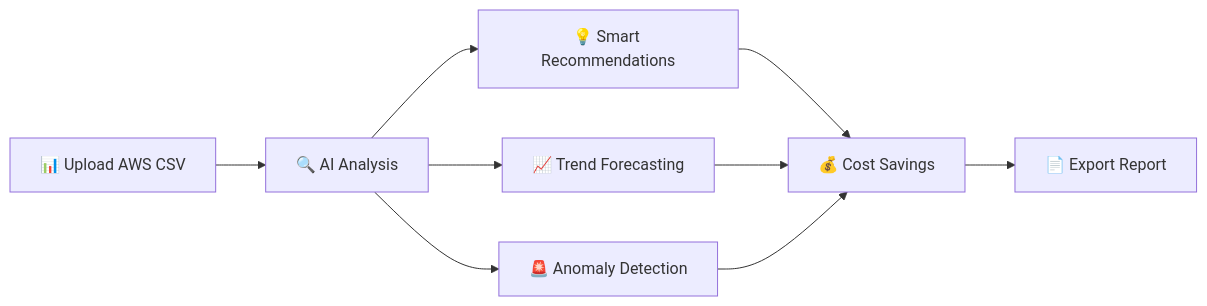
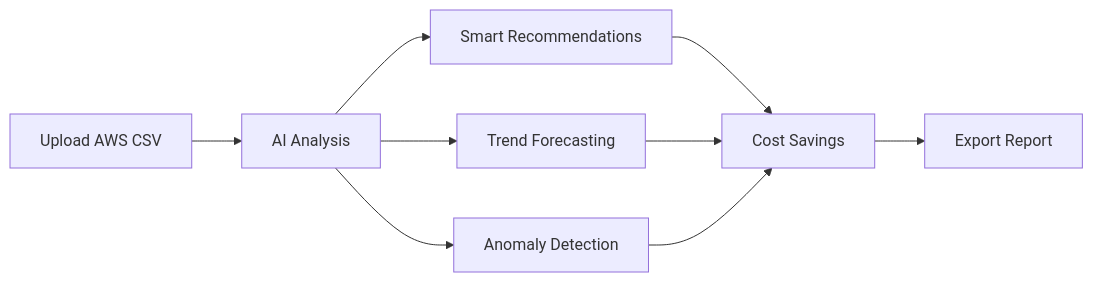
One commit to SpaceCodelab/Cost-Optimization-Analyzer changed the diagram in README.md. Above: the diagram before and after it, drawn with Mermaid. The commit also changed other lines of this file, not shown here.

````diff
--- a/README.md
+++ b/README.md
@@ -55,11 +55,11 @@
 ```mermaid
 graph LR
-    A[📊 Upload AWS CSV] --> B[🔍 AI Analysis]
-    B --> C[💡 Smart Recommendations]
-    B --> D[📈 Trend Forecasting]
-    B --> E[🚨 Anomaly Detection]
-    C --> F[💰 Cost Savings]
+    A[Upload AWS CSV] --> B[AI Analysis]
+    B --> C[Smart Recommendations]
+    B --> D[Trend Forecasting]
+    B --> E[Anomaly Detection]
+    C --> F[Cost Savings]
     D --> F
     E --> F
-    F --> G[📄 Export Report]
+    F --> G[Export Report]
 ```
````
